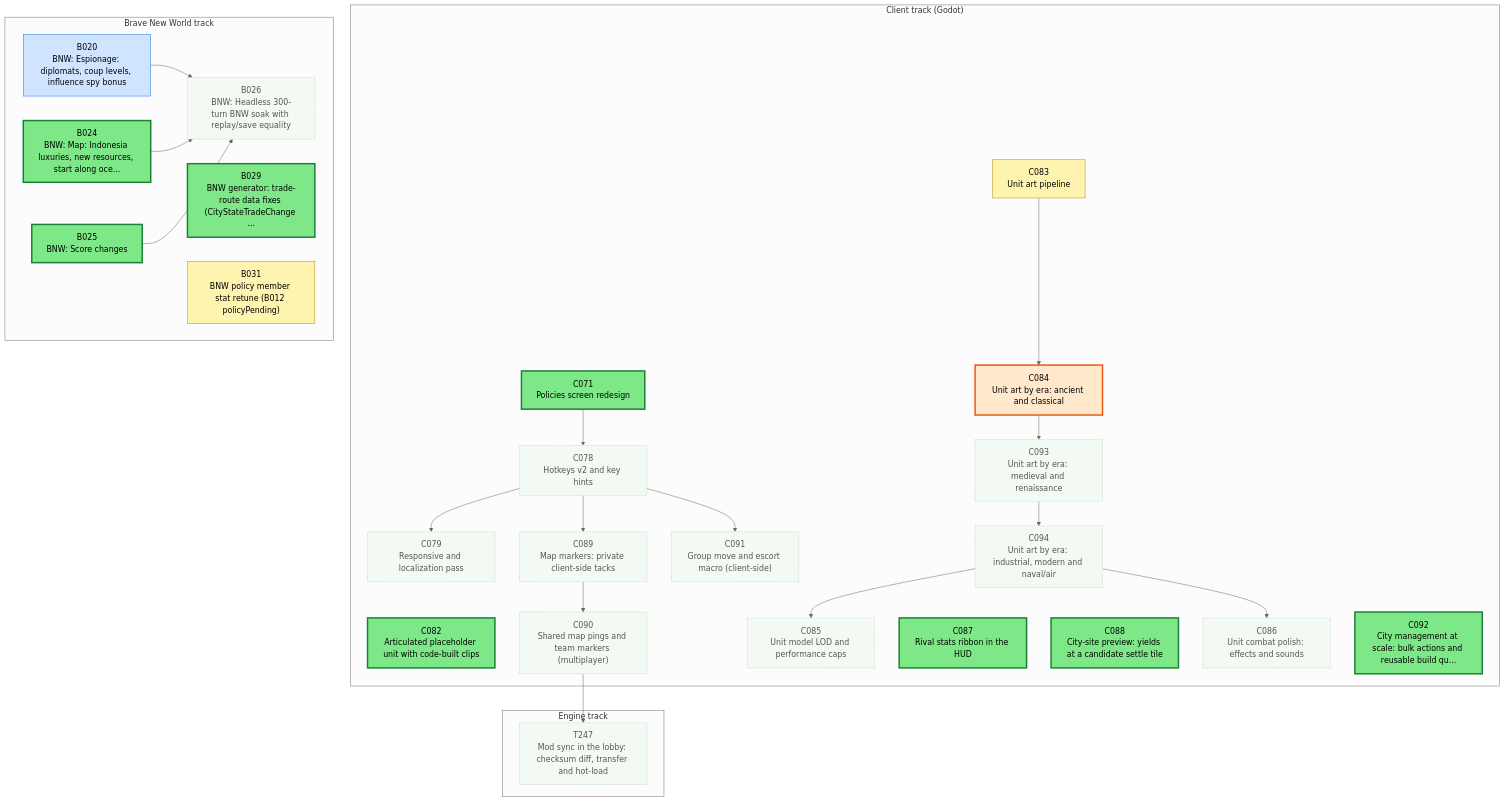
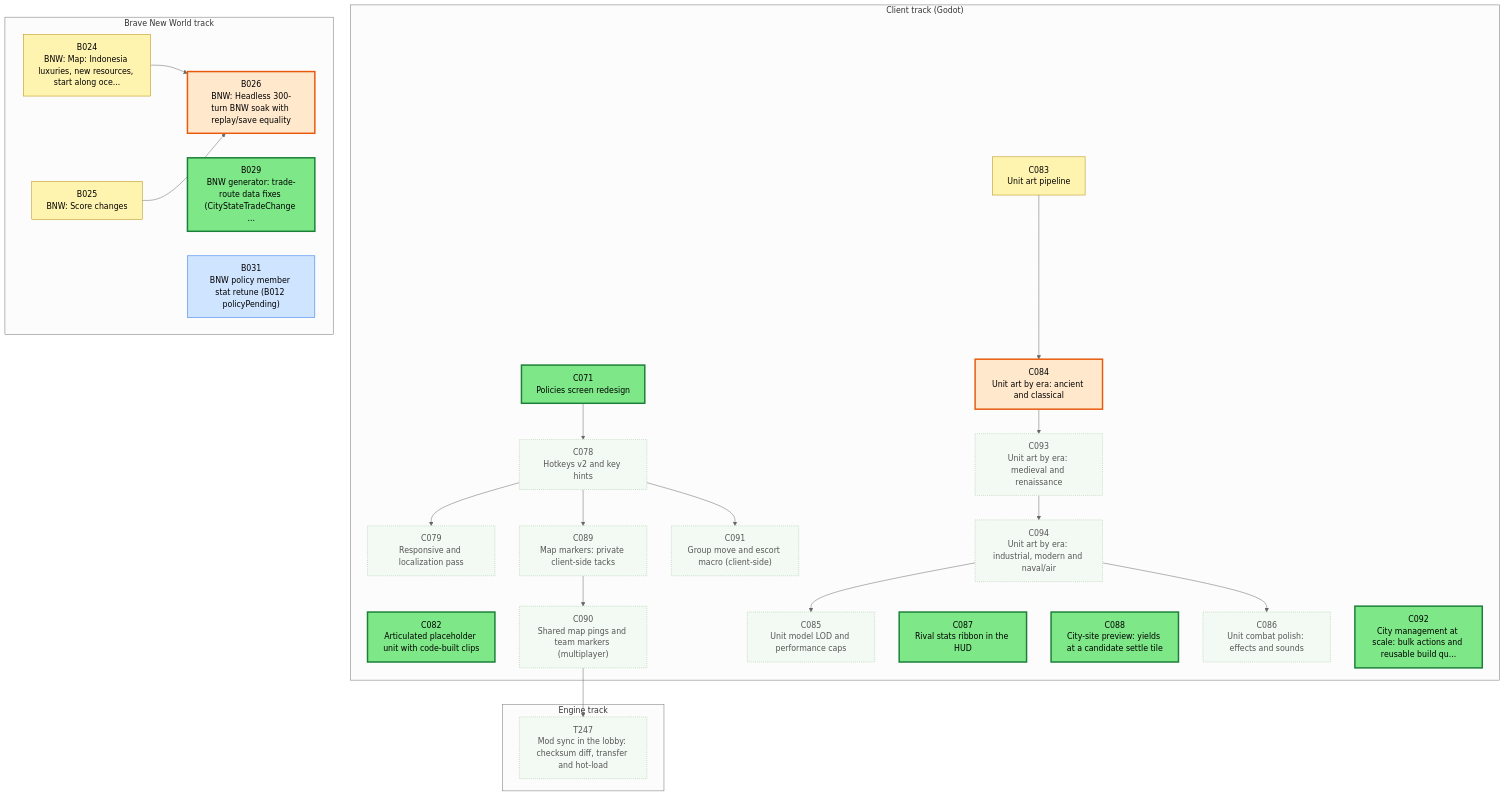
One commit to Kenmura/Unciv changed the first of 3 diagrams in csharp/migration/DEPENDENCY_MAP.md. Above: the diagram before and after it, drawn with Mermaid (neutral theme). The commit also changed other lines of this file and 1 other file, not shown here.

````diff
--- a/csharp/migration/DEPENDENCY_MAP.md
+++ b/csharp/migration/DEPENDENCY_MAP.md
@@ -25,76 +25,73 @@
 ```mermaid
 flowchart TD
   subgraph TTRACK["Engine track"]
     T247["T247<br/>Mod sync in the lobby: checksum diff, transfer and hot-load"]
   end
   subgraph CTRACK["Client track (Godot)"]
     C071["C071<br/>Policies screen redesign"]
     C078["C078<br/>Hotkeys v2 and key hints"]
     C079["C079<br/>Responsive and localization pass"]
     C082["C082<br/>Articulated placeholder unit with code-built clips"]
     C083["C083<br/>Unit art pipeline"]
     C084["C084<br/>Unit art by era: ancient and classical"]
     C085["C085<br/>Unit model LOD and performance caps"]
     C086["C086<br/>Unit combat polish: effects and sounds"]
     C087["C087<br/>Rival stats ribbon in the HUD"]
     C088["C088<br/>City-site preview: yields at a candidate settle tile"]
     C089["C089<br/>Map markers: private client-side tacks"]
     C090["C090<br/>Shared map pings and team markers (multiplayer)"]
     C091["C091<br/>Group move and escort macro (client-side)"]
     C092["C092<br/>City management at scale: bulk actions and reusable build qu..."]
     C093["C093<br/>Unit art by era: medieval and renaissance"]
     C094["C094<br/>Unit art by era: industrial, modern and naval/air"]
   end
   subgraph BTRACK["Brave New World track"]
-    B020["B020<br/>BNW: Espionage: diplomats, coup levels, influence spy bonus"]
     B024["B024<br/>BNW: Map: Indonesia luxuries, new resources, start along oce..."]
     B025["B025<br/>BNW: Score changes"]
     B026["B026<br/>BNW: Headless 300-turn BNW soak with replay/save equality"]
     B029["B029<br/>BNW generator: trade-route data fixes (CityStateTradeChange ..."]
     B031["B031<br/>BNW policy member stat retune (B012 policyPending)"]
   end
   C090 --> T247
   C071 --> C078
   C078 --> C079
   C083 --> C084
   C094 --> C085
   C094 --> C086
   C078 --> C089
   C089 --> C090
   C078 --> C091
   C084 --> C093
   C093 --> C094
-  B020 --> B026
   B024 --> B026
   B025 --> B026
   classDef waiting fill:#f3faf3,stroke:#9bc49b,color:#555,stroke-dasharray:2 2
   classDef ondeck fill:#ffe8cc,stroke:#e8590c,stroke-width:3px,color:#000
   classDef ready fill:#7ee787,stroke:#1a7f37,stroke-width:3px,color:#000
   classDef prog fill:#fff3b0,stroke:#b58900,color:#000
   classDef review fill:#cfe4ff,stroke:#1f6feb,color:#000
   classDef blocked fill:#ffd6d6,stroke:#c62828,color:#000
   classDef done fill:#eeeeee,stroke:#999999,color:#666,stroke-dasharray:4 3
-  class B020 review
-  class B024 ready
-  class B025 ready
-  class B026 waiting
+  class B024 prog
+  class B025 prog
+  class B026 ondeck
   class B029 ready
-  class B031 prog
+  class B031 review
   class C071 ready
   class C078 waiting
   class C079 waiting
   class C082 ready
   class C083 prog
   class C084 ondeck
   class C085 waiting
   class C086 waiting
   class C087 ready
   class C088 ready
   class C089 waiting
   class C090 waiting
   class C091 waiting
   class C092 ready
   class C093 waiting
   class C094 waiting
   class T247 waiting
 ```
````
